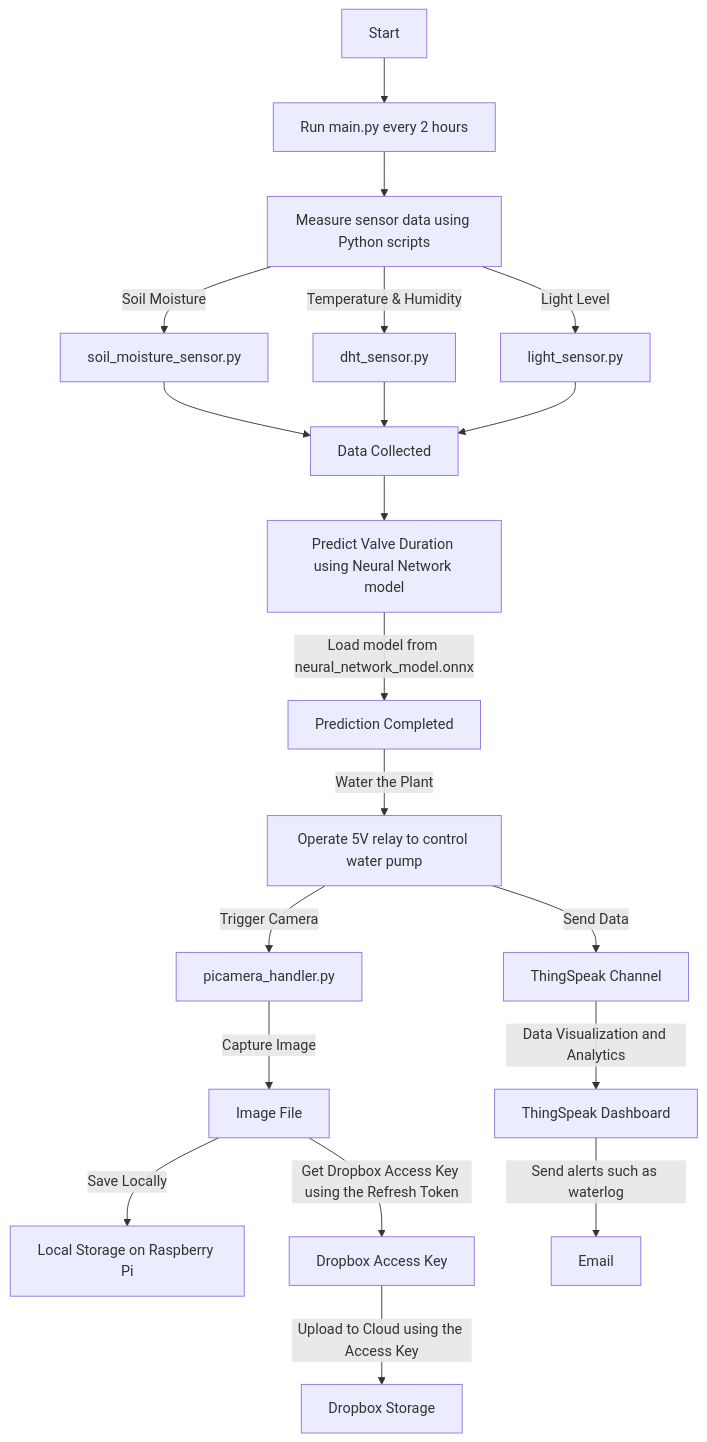
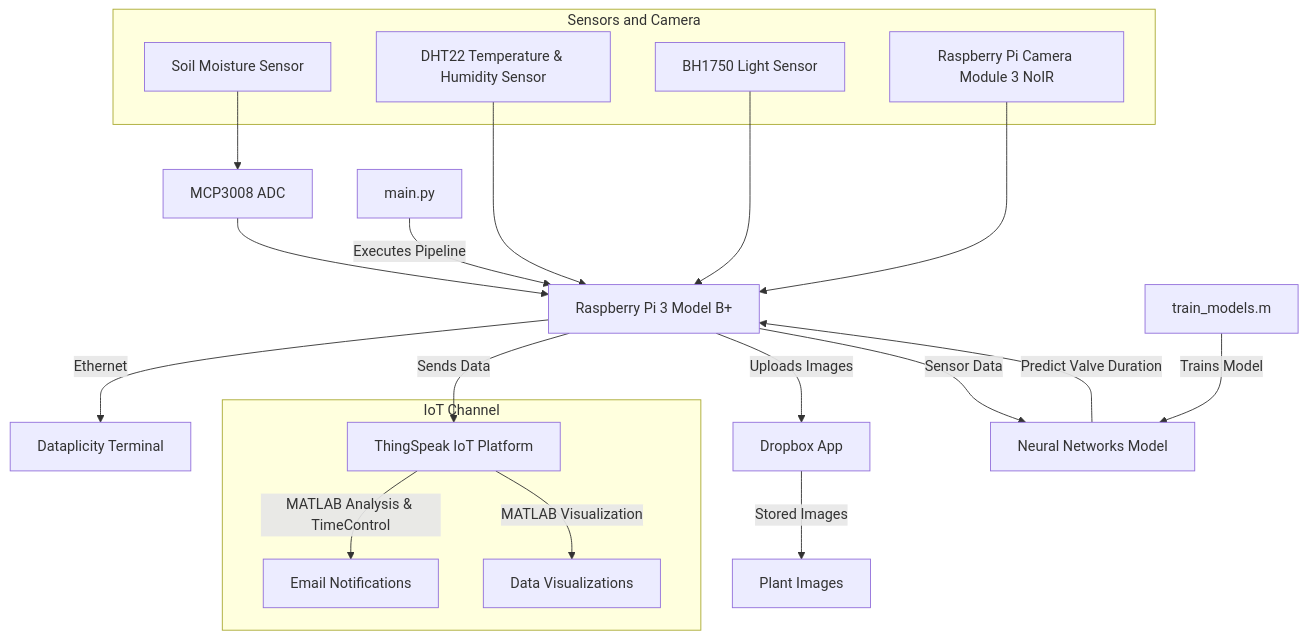
One commit to Gonzaleski/Smart-Watering-System changed the diagram in README.md. Above: the diagram before and after it, drawn with Mermaid.

Commit message:
Update flowchart

````diff
--- a/README.md
+++ b/README.md
@@ -38,22 +38,38 @@
 ```mermaid
-graph TD
-    A[Start] --> B[Run main.py every 2 hours]
-    B --> C[Measure sensor data using Python scripts]
-    C -->|Soil Moisture| D1[soil_moisture_sensor.py]
-    C -->|Temperature & Humidity| D2[dht_sensor.py]
-    C -->|Light Level| D3[light_sensor.py]
-    D1 --> E[Data Collected]
-    D2 --> E
-    D3 --> E
-    E --> F[Predict Valve Duration using Neural Network model]
-    F -->|Load model from neural_network_model.onnx| G[Prediction Completed]
-    G --> |Water the Plant| H[Operate 5V relay to control water pump]
-    H --> |Trigger Camera| I[picamera_handler.py]
-    I -->|Capture Image| J[Image File]
-    J -->|Save Locally| K[Local Storage on Raspberry Pi]
-    J --> |Get Dropbox Access Key using the Refresh Token| P[Dropbox Access Key]
-    P --> |Upload to Cloud using the Access Key| L[Dropbox Storage]
-    H --> |Send Data| M[ThingSpeak Channel]
-    M -->|Data Visualization and Analytics| N[ThingSpeak Dashboard]
-    N -->|Send alerts such as waterlog| O[Email]
+flowchart TD
+    subgraph Sensors and Camera
+        A1[Soil Moisture Sensor]
+        A2[DHT22 Temperature & Humidity Sensor]
+        A4[BH1750 Light Sensor]
+        A5[Raspberry Pi Camera Module 3 NoIR]
+    end
+
+    subgraph IoT Channel
+        C1[ThingSpeak IoT Platform]
+        F1[Email Notifications]
+        F2[Data Visualizations]
+        A5[Raspberry Pi Camera Module 3 NoIR]
+    end
+
+    A1 --> A3[MCP3008 ADC]
+    A2 --> B1[Raspberry Pi 3 Model B+]
+    A3 --> B1
+    A4 --> B1
+    A5 --> B1
+
+    B1 -->|Ethernet| B2[Dataplicity Terminal]
+    B1 -->|Sends Data| C1
+    B1 -->|Uploads Images| C2[Dropbox App]
+    B1 -->|Sensor Data| D1[Neural Networks Model]
+
+    C1 -->|MATLAB Analysis & TimeControl| F1
+    C1 -->|MATLAB Visualization| F2
+    C2 -->|Stored Images| F3[Plant Images]
+
+    D1 -->|Predict Valve Duration| B1
+
+    E1[main.py] -->|Executes Pipeline| B1
+    E2[train_models.m] -->|Trains Model| D1
+
+
 ```
````
